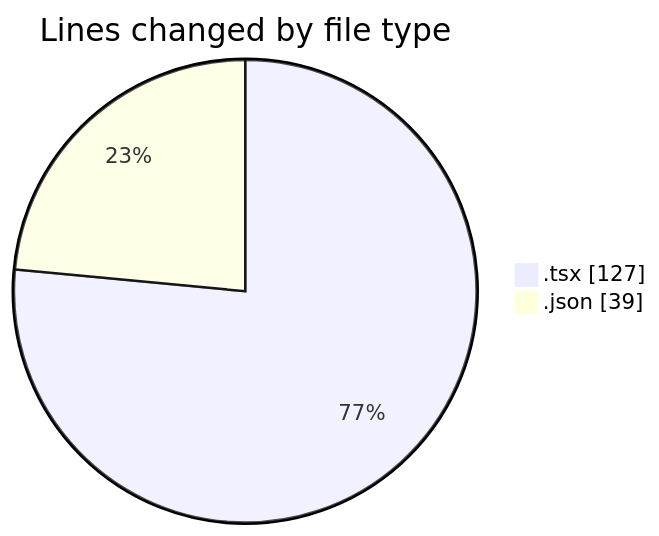
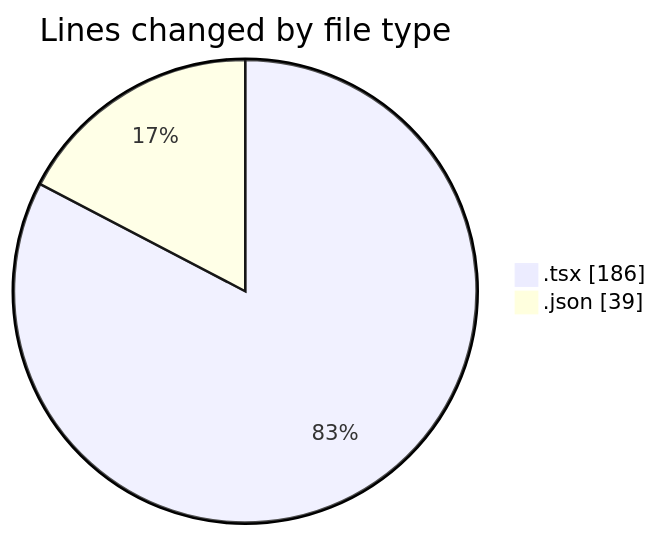
The first of 2 diagrams in 2025-08-05/tw-server/README.md (EIIisD/code-tracking), drawn with Mermaid before and after one commit. The commit also changed other lines of this file and 1 other file, not shown here.

````diff
--- a/2025-08-05/tw-server/README.md
+++ b/2025-08-05/tw-server/README.md
@@ -23,6 +23,6 @@
 ```mermaid
 pie showData
 title Lines changed by file type
-".tsx" : 127
+".tsx" : 186
 ".json" : 39
 ```
````
